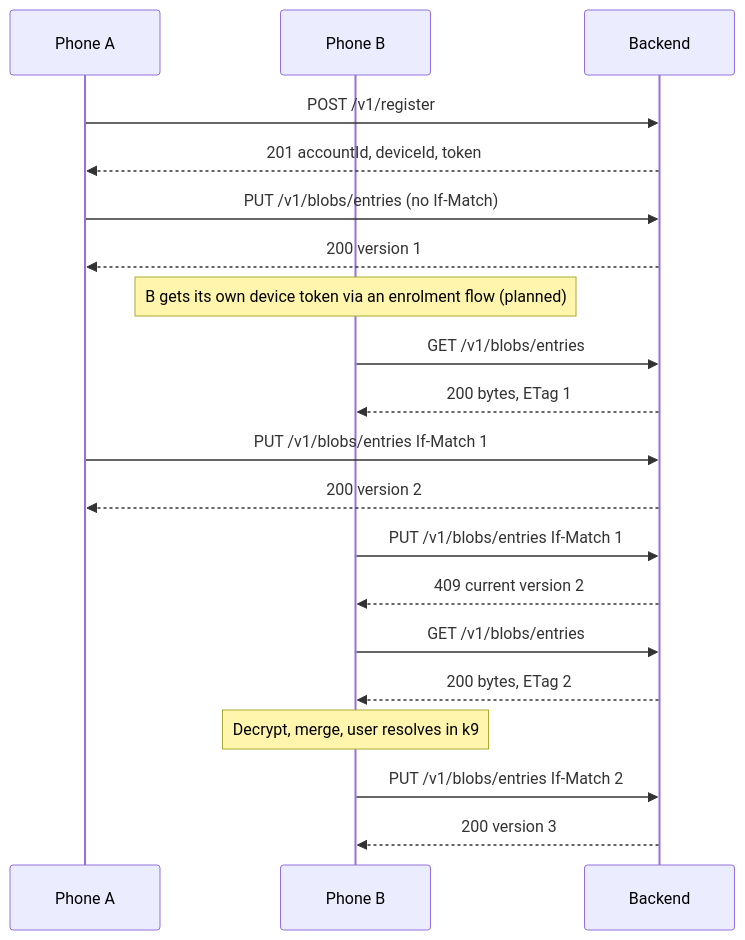
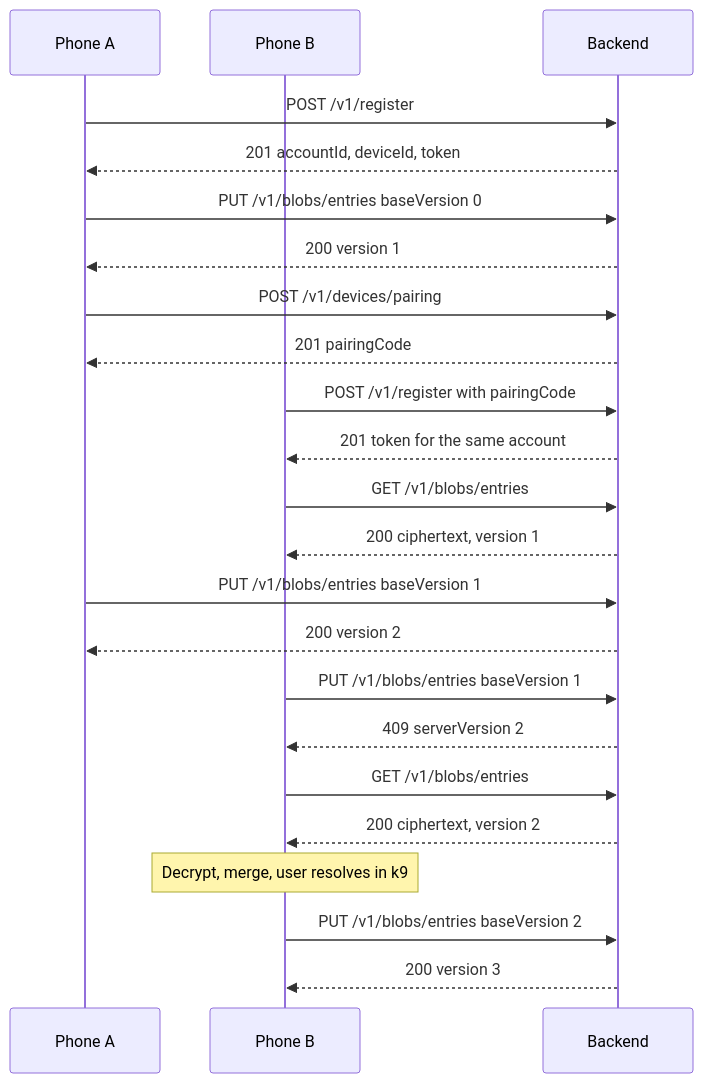
One commit to Aditya-Jyoti/bacchat changed the second of 2 diagrams in docs/backend.md. Above: the diagram before and after it, drawn with Mermaid. The commit also changed other lines of this file and 52 other files, not shown here.

````diff
--- a/docs/backend.md
+++ b/docs/backend.md
@@ -118,22 +127,25 @@
 ```mermaid
 sequenceDiagram
     participant A as Phone A
     participant B as Phone B
     participant S as Backend
     A->>S: POST /v1/register
     S-->>A: 201 accountId, deviceId, token
-    A->>S: PUT /v1/blobs/entries (no If-Match)
+    A->>S: PUT /v1/blobs/entries baseVersion 0
     S-->>A: 200 version 1
-    Note over B: B gets its own device token via an enrolment flow (planned)
+    A->>S: POST /v1/devices/pairing
+    S-->>A: 201 pairingCode
+    B->>S: POST /v1/register with pairingCode
+    S-->>B: 201 token for the same account
     B->>S: GET /v1/blobs/entries
-    S-->>B: 200 bytes, ETag 1
-    A->>S: PUT /v1/blobs/entries If-Match 1
+    S-->>B: 200 ciphertext, version 1
+    A->>S: PUT /v1/blobs/entries baseVersion 1
     S-->>A: 200 version 2
-    B->>S: PUT /v1/blobs/entries If-Match 1
-    S-->>B: 409 current version 2
+    B->>S: PUT /v1/blobs/entries baseVersion 1
+    S-->>B: 409 serverVersion 2
     B->>S: GET /v1/blobs/entries
-    S-->>B: 200 bytes, ETag 2
+    S-->>B: 200 ciphertext, version 2
     Note over B: Decrypt, merge, user resolves in k9
-    B->>S: PUT /v1/blobs/entries If-Match 2
+    B->>S: PUT /v1/blobs/entries baseVersion 2
     S-->>B: 200 version 3
 ```
````
